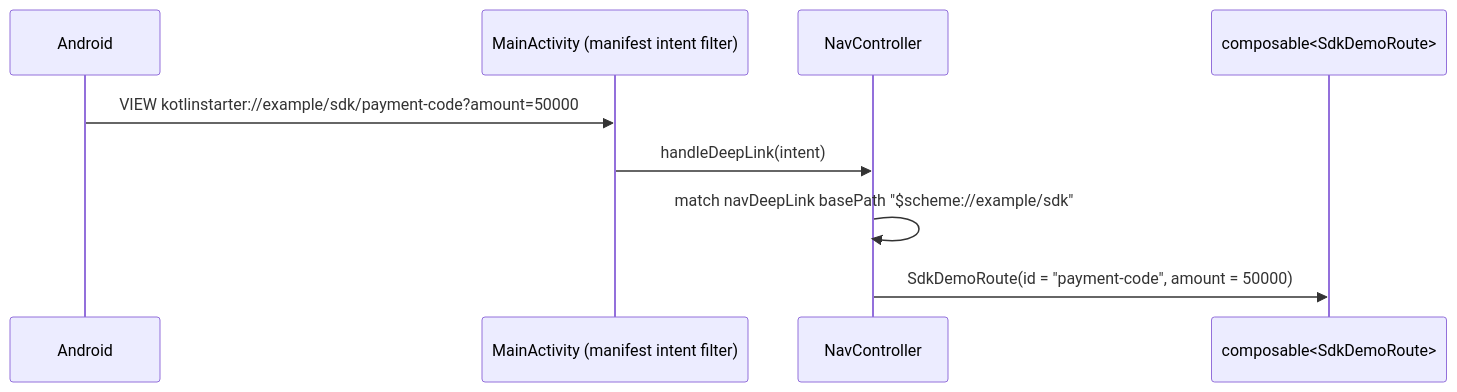
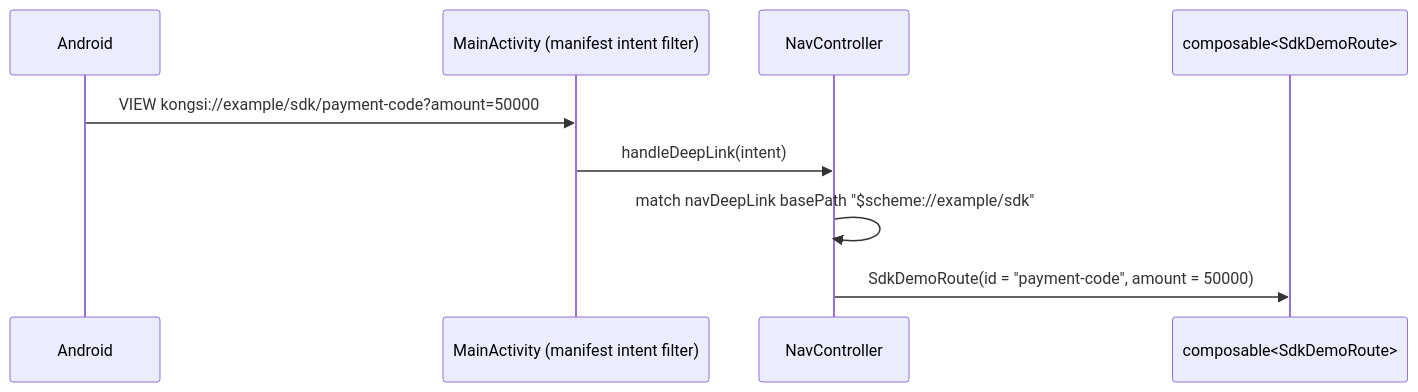
One commit to primestrider/kongsi-mobile-app changed the second of 2 diagrams in docs/learning/04-navigation.md. Above: the diagram before and after it, drawn with Mermaid. The commit also changed other lines of this file and 723 other files, not shown here.

````diff
--- a/docs/learning/04-navigation.md
+++ b/docs/learning/04-navigation.md
@@ -182,11 +182,11 @@
 ```mermaid
 sequenceDiagram
     participant OS as Android
     participant M as MainActivity (manifest intent filter)
     participant N as NavController
     participant D as composable<SdkDemoRoute>
-    OS->>M: VIEW kotlinstarter://example/sdk/payment-code?amount=50000
+    OS->>M: VIEW kongsi://example/sdk/payment-code?amount=50000
     M->>N: handleDeepLink(intent)
     N->>N: match navDeepLink basePath "$scheme://example/sdk"
     N->>D: SdkDemoRoute(id = "payment-code", amount = 50000)
 ```
````
